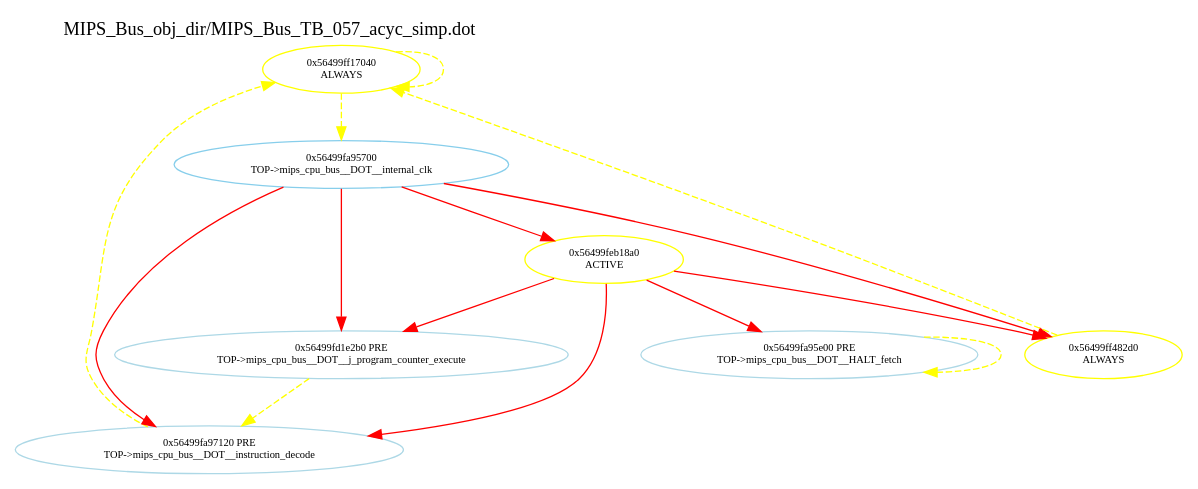
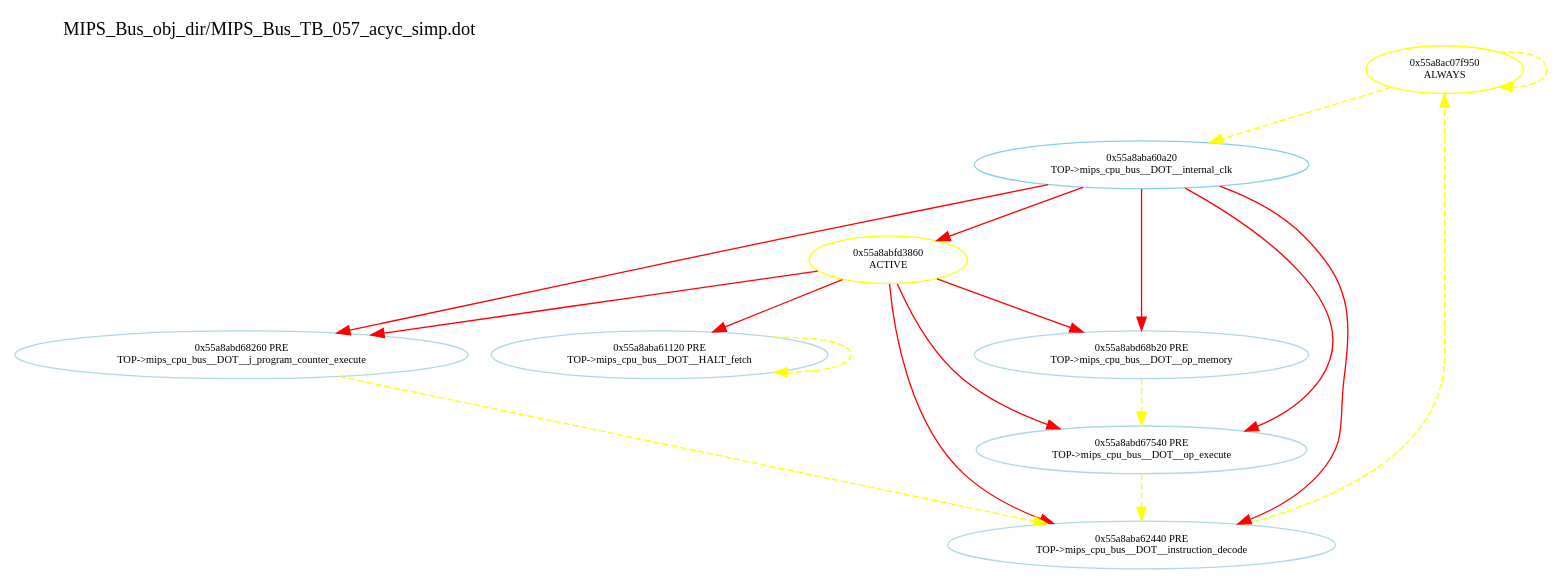
Before and after one commit to jjlehner/MIPS_CPU_Project: the diagram in unofficial/preliminary_testing/MIPS_Bus_obj_dir/MIPS_Bus_TB_057_acyc_simp.dot, drawn with Graphviz. The commit also changed 101 other files, not shown here.

```diff
--- a/unofficial/preliminary_testing/MIPS_Bus_obj_dir/MIPS_Bus_TB_057_acyc_simp.dot
+++ b/unofficial/preliminary_testing/MIPS_Bus_obj_dir/MIPS_Bus_TB_057_acyc_simp.dot
@@ -1,27 +1,31 @@
 digraph v3graph {
 	graph	[label="MIPS_Bus_obj_dir/MIPS_Bus_TB_057_acyc_simp.dot",
 		 labelloc=t, labeljust=l,
 		 //size="7.5,10",
 		 rankdir=TB];
-	n0	[fontsize=8 label="0x56499ff17040\n ALWAYS", color=yellow];
-	n1	[fontsize=8 label="0x56499fa97120 PRE\n TOP->mips_cpu_bus__DOT__instruction_decode", color=lightblue];
-	n2	[fontsize=8 label="0x56499fa95700\n TOP->mips_cpu_bus__DOT__internal_clk", color=skyblue];
-	n3	[fontsize=8 label="0x56499feb18a0\n ACTIVE", color=yellow];
-	n4	[fontsize=8 label="0x56499fa95e00 PRE\n TOP->mips_cpu_bus__DOT__HALT_fetch", color=lightblue];
-	n5	[fontsize=8 label="0x56499fd1e2b0 PRE\n TOP->mips_cpu_bus__DOT__j_program_counter_execute", color=lightblue];
-	n6	[fontsize=8 label="0x56499ff482d0\n ALWAYS", color=yellow];
+	n0	[fontsize=8 label="0x55a8ac07f950\n ALWAYS", color=yellow];
+	n1	[fontsize=8 label="0x55a8aba62440 PRE\n TOP->mips_cpu_bus__DOT__instruction_decode", color=lightblue];
+	n2	[fontsize=8 label="0x55a8aba60a20\n TOP->mips_cpu_bus__DOT__internal_clk", color=skyblue];
+	n3	[fontsize=8 label="0x55a8abfd3860\n ACTIVE", color=yellow];
+	n4	[fontsize=8 label="0x55a8aba61120 PRE\n TOP->mips_cpu_bus__DOT__HALT_fetch", color=lightblue];
+	n5	[fontsize=8 label="0x55a8abd68260 PRE\n TOP->mips_cpu_bus__DOT__j_program_counter_execute", color=lightblue];
+	n6	[fontsize=8 label="0x55a8abd67540 PRE\n TOP->mips_cpu_bus__DOT__op_execute", color=lightblue];
+	n7	[fontsize=8 label="0x55a8abd68b20 PRE\n TOP->mips_cpu_bus__DOT__op_memory", color=lightblue];
 	n0 -> n0 [fontsize=8 label="" weight=6 color=yellow style=dashed];
 	n0 -> n2 [fontsize=8 label="" weight=1 color=yellow style=dashed];
 	n1 -> n0 [fontsize=8 label="" weight=3 color=yellow style=dashed];
 	n2 -> n3 [fontsize=8 label="" weight=8 color=red];
+	n2 -> n7 [fontsize=8 label="" weight=32 color=red];
 	n2 -> n6 [fontsize=8 label="" weight=32 color=red];
 	n2 -> n5 [fontsize=8 label="" weight=32 color=red];
 	n2 -> n1 [fontsize=8 label="" weight=32 color=red];
-	n3 -> n6 [fontsize=8 label="" weight=32 color=red];
 	n3 -> n4 [fontsize=8 label="" weight=32 color=red];
 	n3 -> n1 [fontsize=8 label="" weight=32 color=red];
 	n3 -> n5 [fontsize=8 label="" weight=32 color=red];
+	n3 -> n6 [fontsize=8 label="" weight=32 color=red];
+	n3 -> n7 [fontsize=8 label="" weight=32 color=red];
 	n4 -> n4 [fontsize=8 label="" weight=3 color=yellow style=dashed];
 	n5 -> n1 [fontsize=8 label="" weight=3 color=yellow style=dashed];
-	n6 -> n0 [fontsize=8 label="" weight=3 color=yellow style=dashed];
+	n6 -> n1 [fontsize=8 label="" weight=3 color=yellow style=dashed];
+	n7 -> n6 [fontsize=8 label="" weight=3 color=yellow style=dashed];
 }
```
